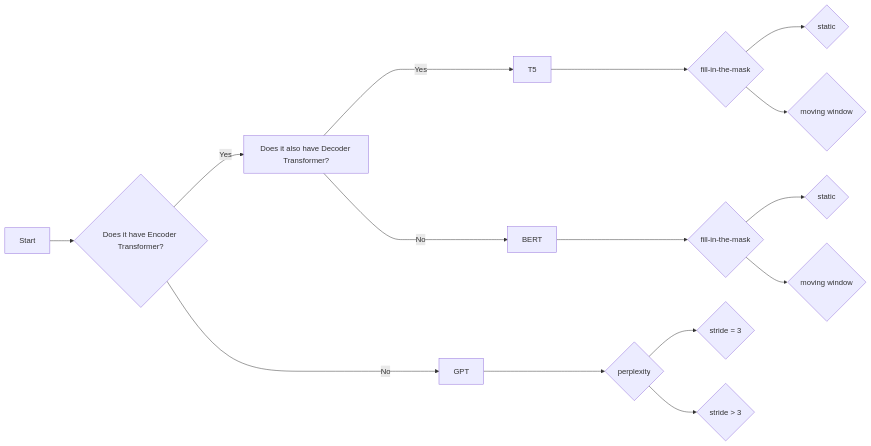
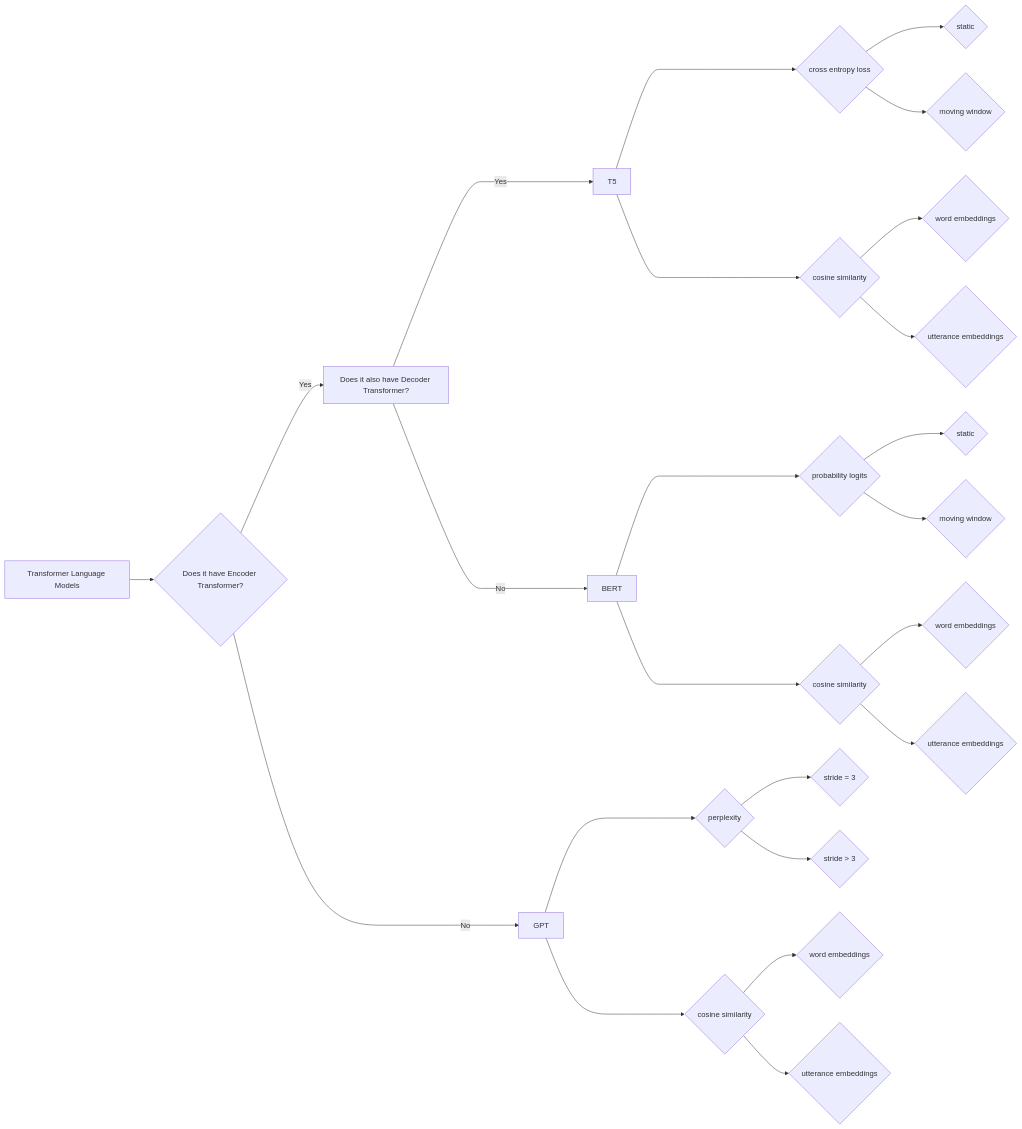
The diagram in README.md (yancong222/scriptscz), drawn with Mermaid before and after one commit.

````diff
--- a/README.md
+++ b/README.md
@@ -3,18 +3,27 @@
 ```mermaid
 flowchart LR
-    A[Start] --> B{Does it have Encoder Transformer?}
+    A[Transformer Language Models] --> B{Does it have Encoder Transformer?}
     B -- Yes --> C[Does it also have Decoder Transformer?]
-    C -- Yes ----> D[T5] ----> G{fill-in-the-mask}
+    C -- Yes ----> D[T5] ----> G{cross entropy loss}
     G --> J{static} 
-    G --> k{moving window}
-    C -- No ----> E[BERT] ----> H{fill-in-the-mask}
+    G --> K{moving window}
+    D ----> P{cosine similarity}
+    P --> Q{word embeddings}
+    P --> R{utterance embeddings}
+    C -- No ----> E[BERT] ----> H{probability logits}
     H --> L{static} 
     H --> M{moving window}
+    E ----> S{cosine similarity}
+    S --> T{word embeddings}
+    S --> U{utterance embeddings}
     B -- No ----> F[GPT] ----> I{perplexity}
     I --> N{stride = 3}
     I --> O{stride > 3}
+    F ----> V{cosine similarity}
+    V --> W{word embeddings}
+    V --> X{utterance embeddings}
     click A "https://github.com/yancong222/scriptscz/blob/main/perplexity/ed_perplexity.py" _blank
     click B "http://www.github.com" "Open this in a new tab" _blank
     click C href "http://www.github.com" _blank
     click D href "http://www.github.com" "Open this in a new tab" _blank
 ```
````
